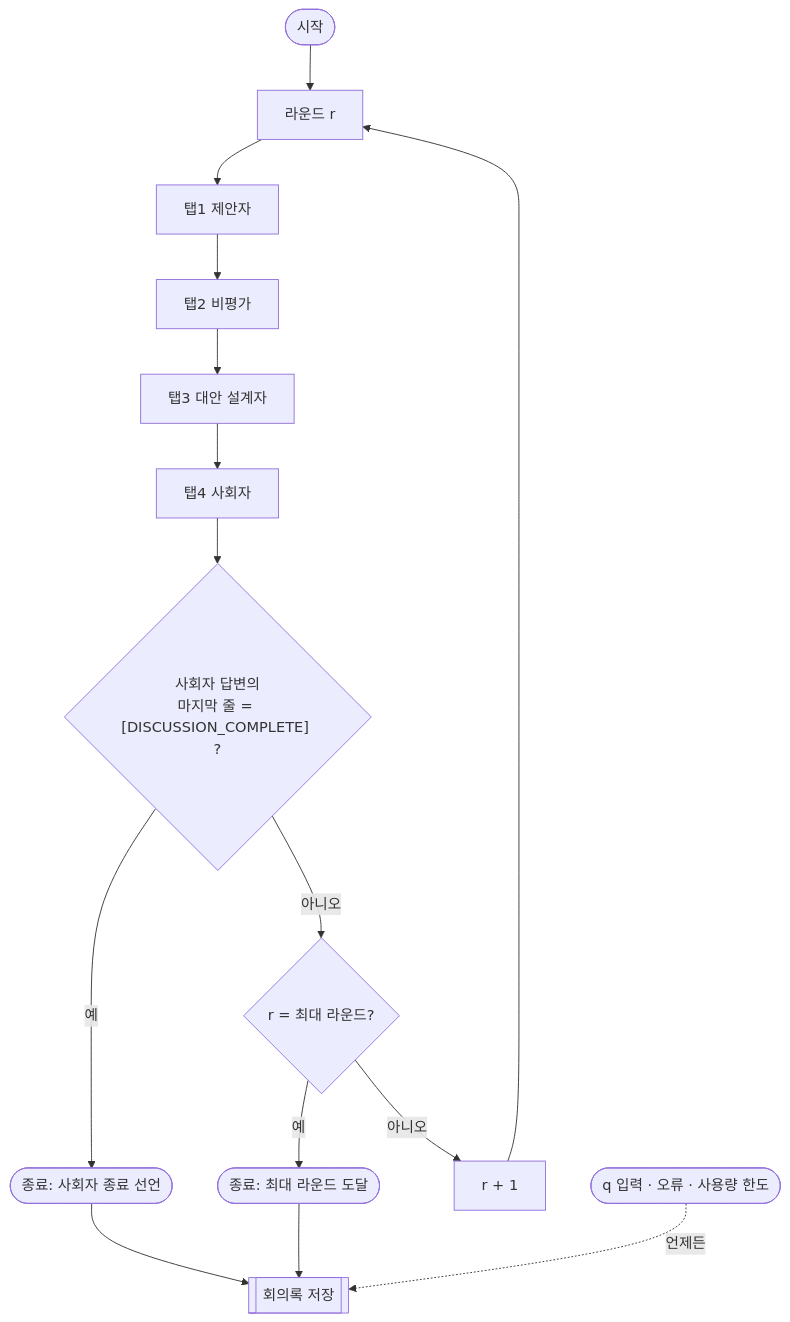
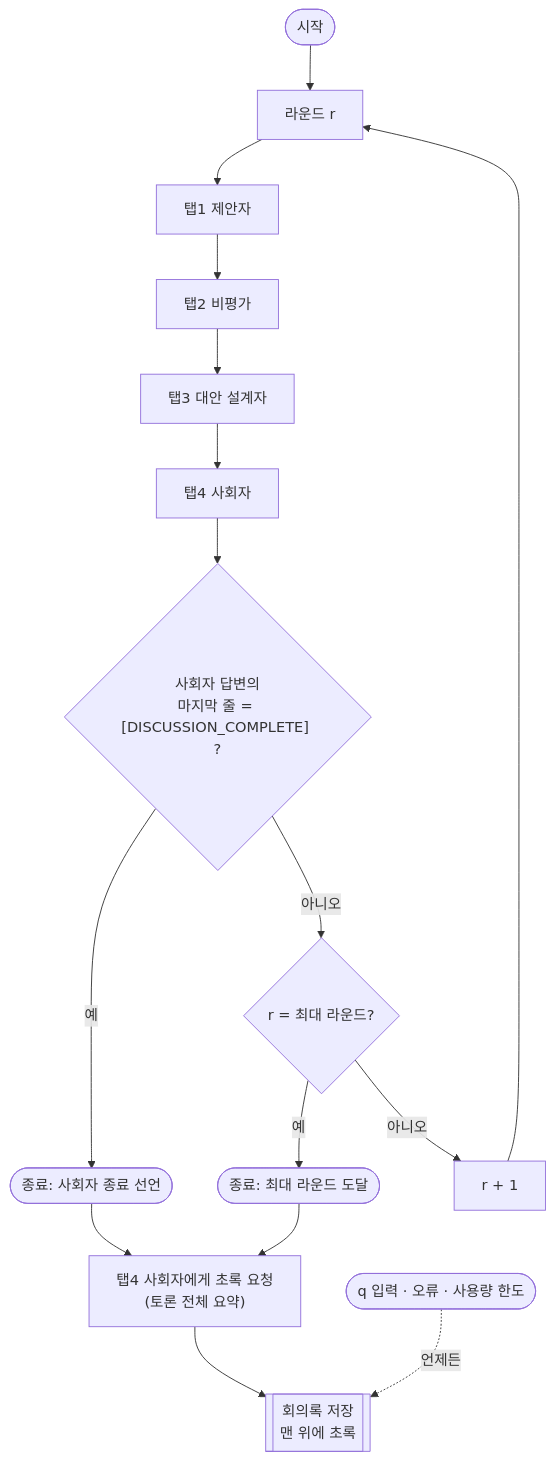
One commit to bobkim66-svg/ClaudeCode changed the second of 5 diagrams in gemini_council/docs/PIPELINE.md. Above: the diagram before and after it, drawn with Mermaid. The commit also changed other lines of this file and 11 other files, not shown here.

````diff
--- a/gemini_council/docs/PIPELINE.md
+++ b/gemini_council/docs/PIPELINE.md
@@ -53,13 +53,14 @@
 ```mermaid
 flowchart TD
     S([시작]) --> R["라운드 r"]
     R --> P1["탭1 제안자"] --> P2["탭2 비평가"] --> P3["탭3 대안 설계자"] --> P4["탭4 사회자"]
     P4 --> E{"사회자 답변의<br/>마지막 줄 = [DISCUSSION_COMPLETE] ?"}
     E -->|예| END1([종료: 사회자 종료 선언])
     E -->|아니오| M{"r = 최대 라운드?"}
     M -->|예| END2([종료: 최대 라운드 도달])
     M -->|아니오| R2["r + 1"] --> R
-    END1 --> LOG[["회의록 저장"]]
-    END2 --> LOG
+    END1 --> ABS["탭4 사회자에게 초록 요청<br/>(토론 전체 요약)"]
+    END2 --> ABS
+    ABS --> LOG[["회의록 저장<br/>맨 위에 초록"]]
     Q(["q 입력 · 오류 · 사용량 한도"]) -.->|언제든| LOG
 ```
````
